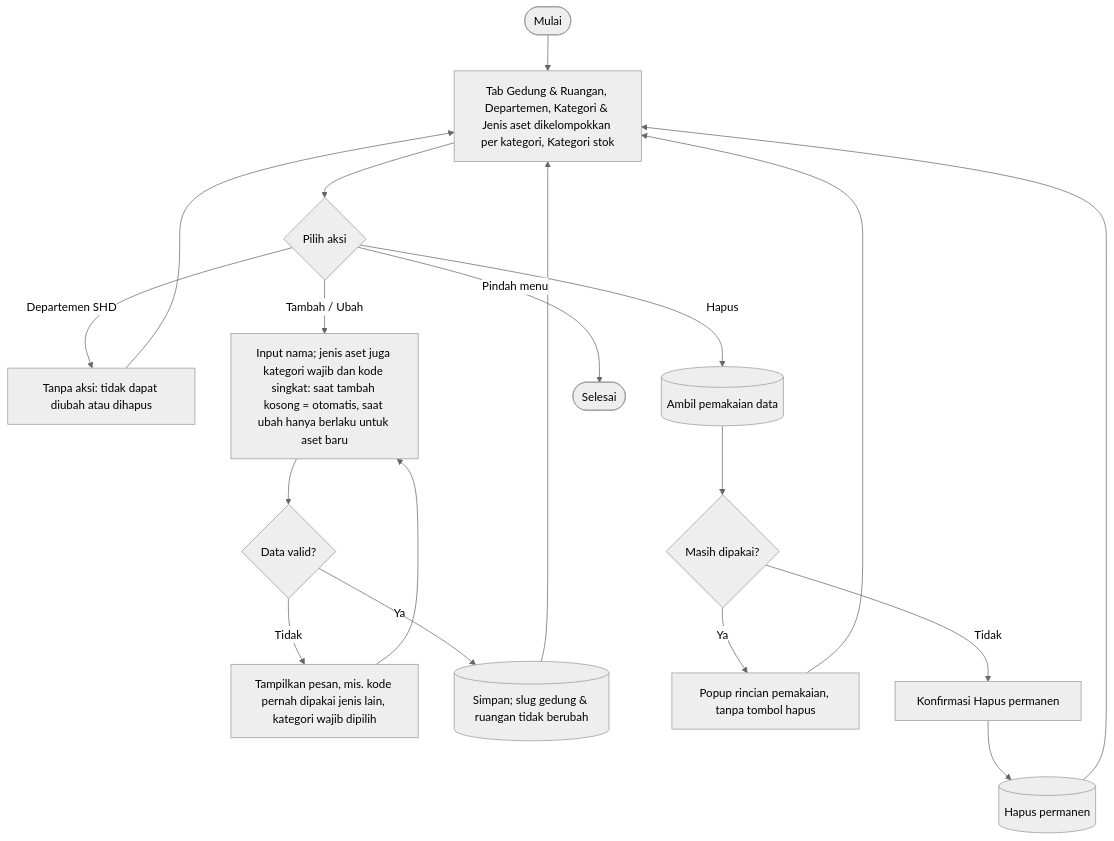
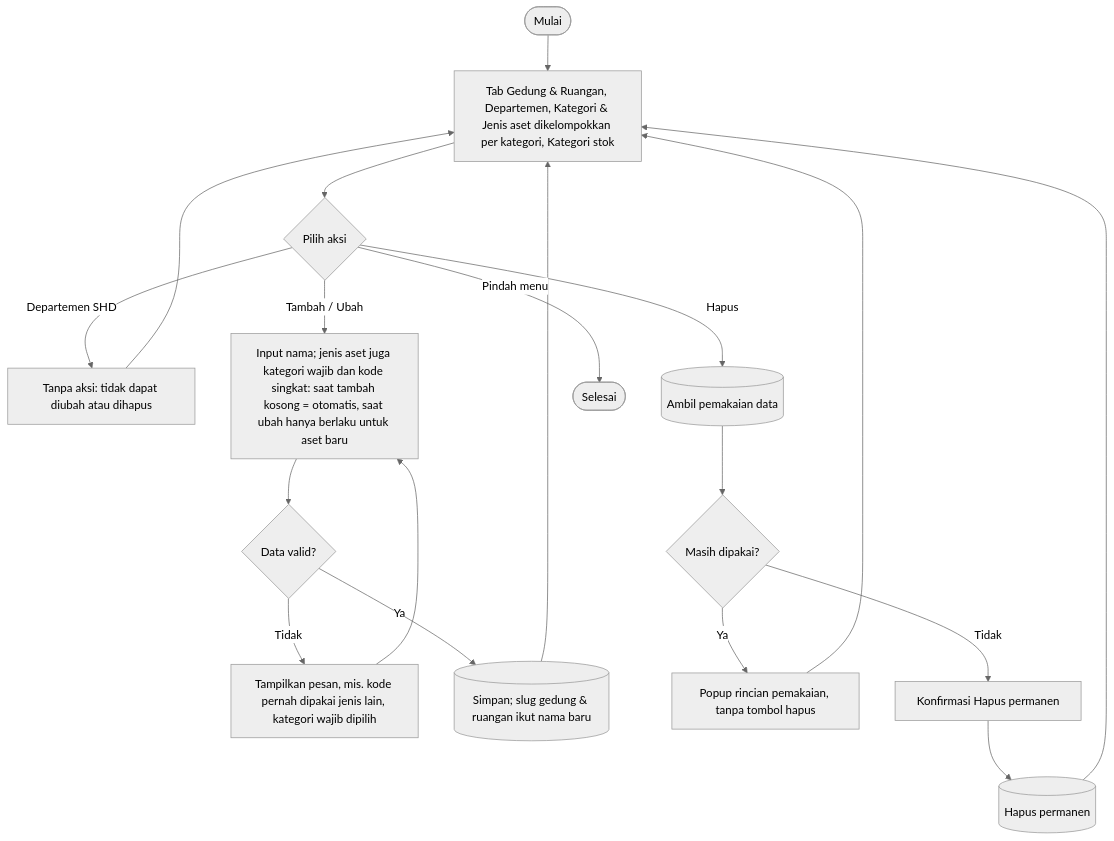
The ninth of 9 diagrams in docs/flowchart.md (mrizqihidayat/system-tracking-asset), drawn with Mermaid (neutral theme) before and after one commit. The commit also changed 5 other files, not shown here.

First line of the commit message:
Slug gedung dan ruangan ikut berubah saat nama diganti

````diff
--- a/docs/flowchart.md
+++ b/docs/flowchart.md
@@ -330,17 +330,17 @@
 ```mermaid
 flowchart TD
     A([Mulai]) --> B[Tab Gedung & Ruangan, Departemen, Kategori & Jenis aset dikelompokkan per kategori, Kategori stok]
     B --> C{Pilih aksi}
 
     C -- Departemen SHD --> C1[Tanpa aksi: tidak dapat diubah atau dihapus] --> B
 
     C -- Tambah / Ubah --> T1[Input nama; jenis aset juga kategori wajib dan kode singkat: saat tambah kosong = otomatis, saat ubah hanya berlaku untuk aset baru] --> T2{Data valid?}
     T2 -- Tidak --> T3[Tampilkan pesan, mis. kode pernah dipakai jenis lain, kategori wajib dipilih] --> T1
-    T2 -- Ya --> T4[(Simpan; slug gedung & ruangan tidak berubah)] --> B
+    T2 -- Ya --> T4[(Simpan; slug gedung & ruangan ikut nama baru)] --> B
 
     C -- Hapus --> H1[(Ambil pemakaian data)] --> H2{Masih dipakai?}
     H2 -- Ya --> H3[Popup rincian pemakaian, tanpa tombol hapus] --> B
     H2 -- Tidak --> H4[Konfirmasi Hapus permanen] --> H5[(Hapus permanen)] --> B
 
     C -- Pindah menu --> Z([Selesai])
 ```
````
